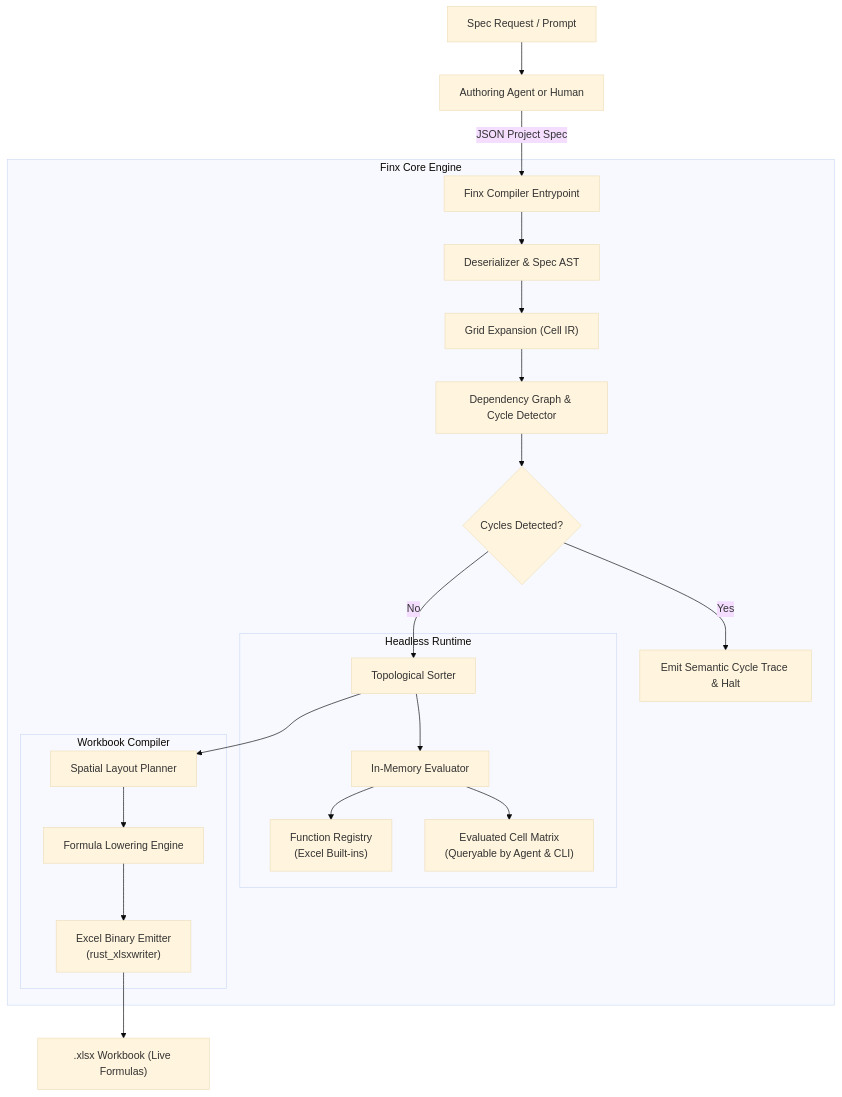
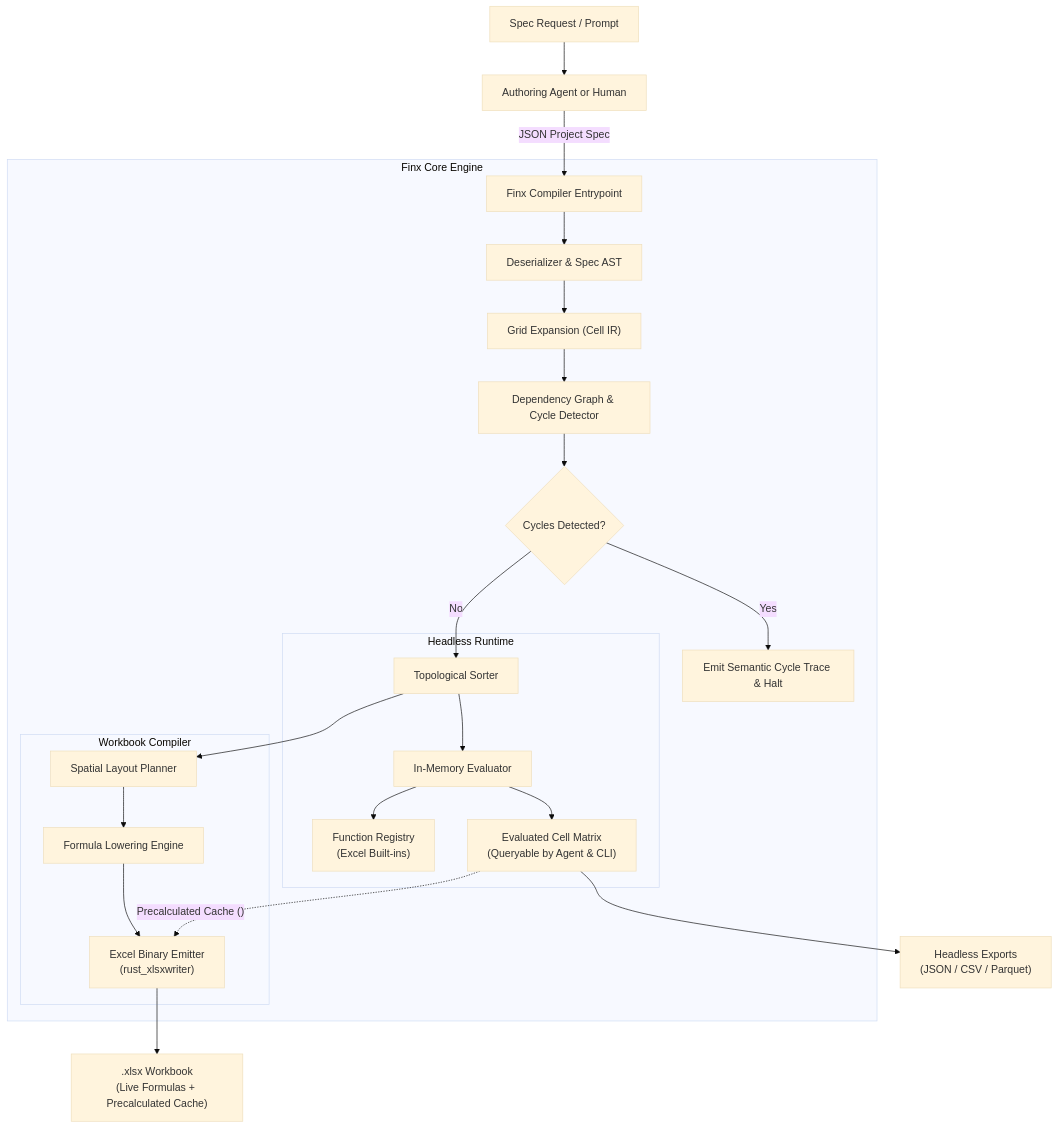
The first of 2 diagrams in docs/architecture.md (mhcfa/f8), drawn with Mermaid (base theme) before and after one commit. The commit also changed other lines of this file and 13 other files, not shown here.

````diff
--- a/docs/architecture.md
+++ b/docs/architecture.md
@@ -17,28 +17,31 @@
 ```mermaid
 flowchart TD
     A["Spec Request / Prompt"] --> B["Authoring Agent or Human"]
     B -->|"JSON Project Spec"| C["Finx Compiler Entrypoint"]
 
     subgraph Compiler ["Finx Core Engine"]
         C --> D["Deserializer & Spec AST"]
         D --> E["Grid Expansion (Cell IR)"]
         E --> F["Dependency Graph & Cycle Detector"]
         F --> G{"Cycles Detected?"}
         G -->|"Yes"| H["Emit Semantic Cycle Trace & Halt"]
         G -->|"No"| I["Topological Sorter"]
 
         subgraph In-Memory Evaluation ["Headless Runtime"]
             I --> J1["In-Memory Evaluator"]
             J1 --> K1["Function Registry\n(Excel Built-ins)"]
             J1 --> L1["Evaluated Cell Matrix\n(Queryable by Agent & CLI)"]
         end
 
         subgraph Excel Emission ["Workbook Compiler"]
             I --> J2["Spatial Layout Planner"]
             J2 --> K2["Formula Lowering Engine"]
             K2 --> L2["Excel Binary Emitter\n(rust_xlsxwriter)"]
         end
+
+        L1 -.->|"Precalculated Cache (<v>)"| L2
     end
 
-    L2 --> M[".xlsx Workbook (Live Formulas)"]
+    L1 --> N["Headless Exports\n(JSON / CSV / Parquet)"]
+    L2 --> M[".xlsx Workbook\n(Live Formulas + Precalculated Cache)"]
 ```
````
